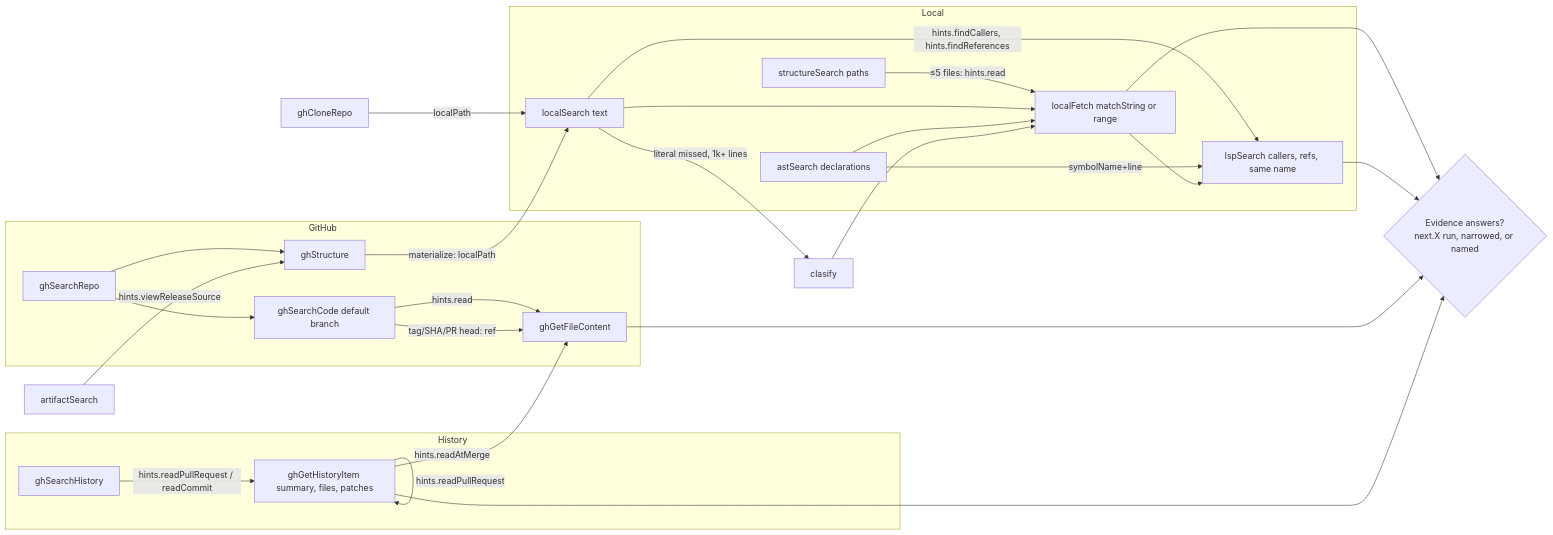
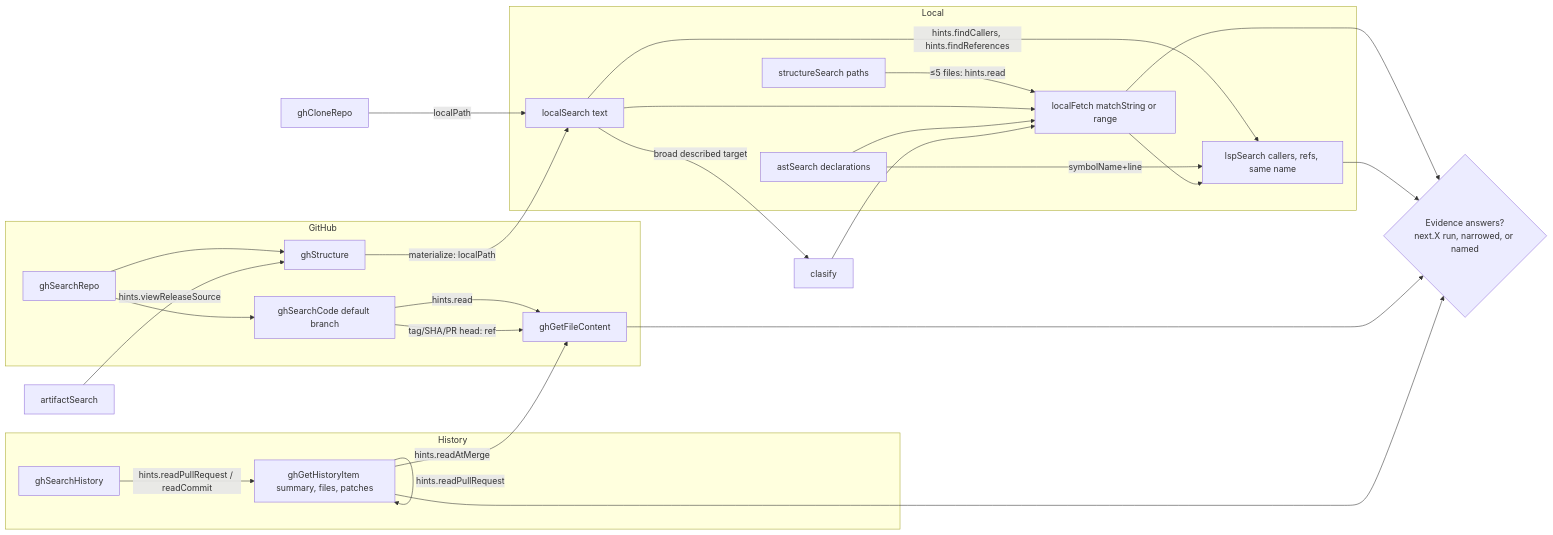
The first of 8 diagrams in docs/OCTOCODE_WORKFLOWS.md (bgauryy/octocode-mcp), drawn with Mermaid before and after one commit. The commit also changed other lines of this file and 233 other files, not shown here.

````diff
--- a/docs/OCTOCODE_WORKFLOWS.md
+++ b/docs/OCTOCODE_WORKFLOWS.md
@@ -22,42 +24,42 @@
 ```mermaid
 flowchart LR
   subgraph Local
     SS[structureSearch paths]
     LS[localSearch text]
     AS[astSearch declarations]
     LF[localFetch matchString or range]
     LSP[lspSearch callers, refs, same name]
   end
   subgraph GitHub
     GR[ghSearchRepo]
     GC[ghSearchCode default branch]
     GS[ghStructure]
     GF[ghGetFileContent]
   end
   subgraph History
     GH[ghSearchHistory]
     GI[ghGetHistoryItem summary, files, patches]
   end
   AR[artifactSearch]
   CR[ghCloneRepo]
   CL[clasify]
   DONE{Evidence answers?<br/>next.X run, narrowed, or named}
   SS -->|"≤5 files: hints.read"| LF
   LS & AS --> LF
   LS -->|hints.findCallers, hints.findReferences| LSP
   AS -->|symbolName+line| LSP
   LF --> LSP
   GR --> GC & GS
   GC -->|hints.read| GF
   GC -->|"tag/SHA/PR head: ref"| GF
   GH -->|hints.readPullRequest / readCommit| GI
   GI -->|next.continuePatch / nextFilePage| GI
   GI -->|hints.readPullRequest| GI
   GI -->|hints.readAtMerge| GF
   AR -->|hints.viewReleaseSource| GS
   GS -->|materialize: localPath| LS
   CR -->|localPath| LS
-  LS -->|"literal missed, 1k+ lines"| CL
+  LS -->|"broad described target"| CL
   CL --> LF
   LF & LSP & GF & GI --> DONE
 ```
````
